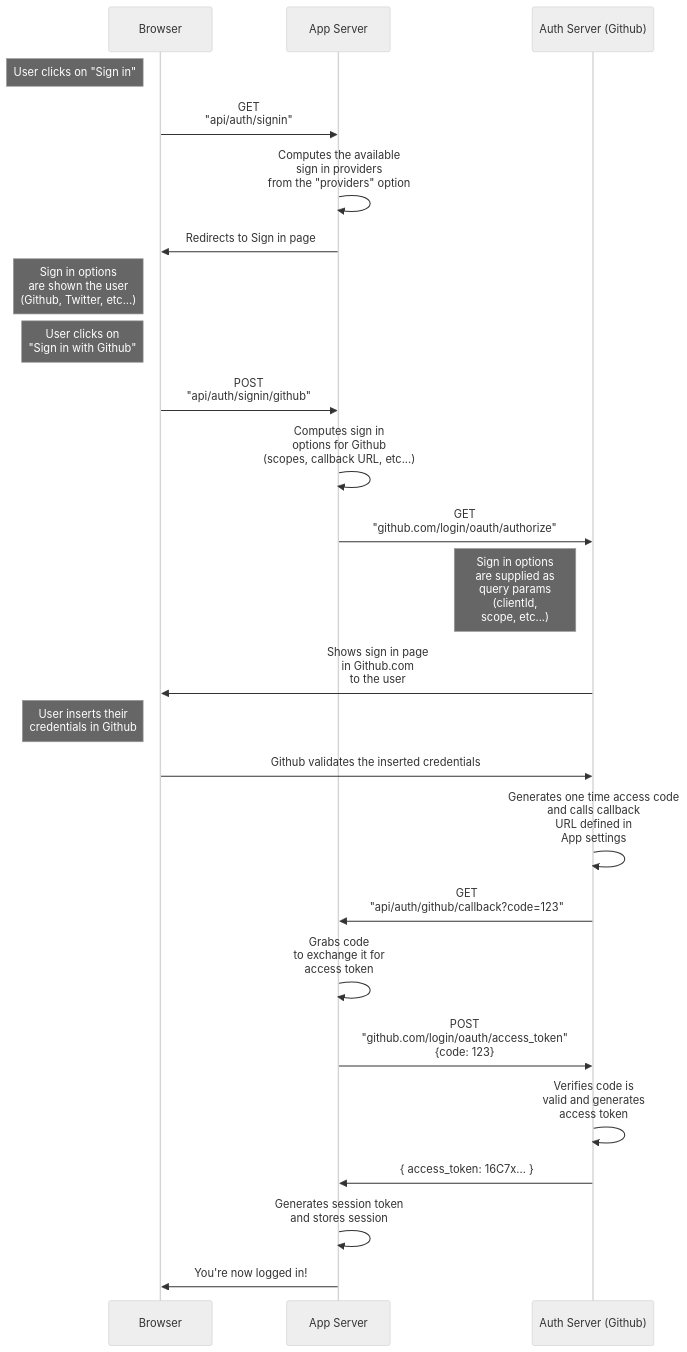
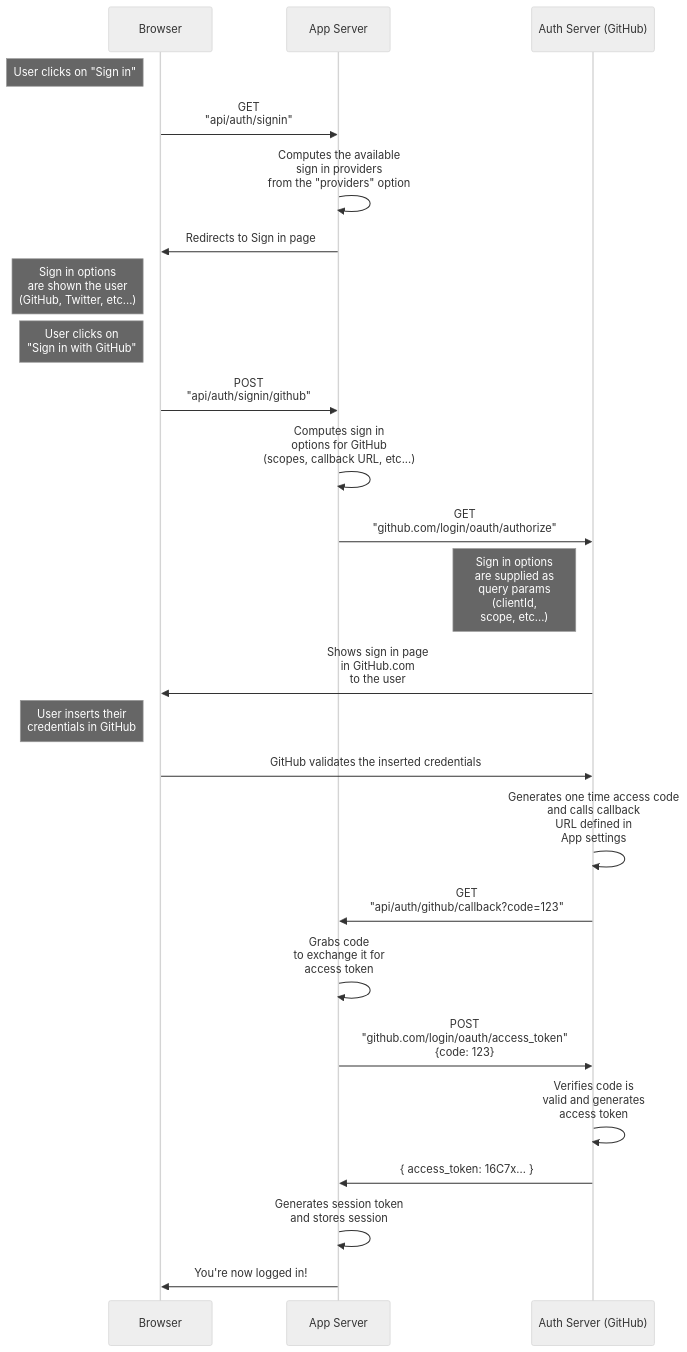
Before and after one commit to StronglyTypedSoul/sdopsdfpp-sdf-sd-sd: the diagram in docs/pages/concepts/oauth.mdx, drawn with Mermaid (neutral theme). The commit also changed 38 other files, not shown here.

First line of the commit message:
chore: fix GitHub typo (#10781)

````diff
--- a/docs/pages/concepts/oauth.mdx
+++ b/docs/pages/concepts/oauth.mdx
@@ -31,27 +31,27 @@
 ```mermaid
 sequenceDiagram
     participant Browser
     participant App Server
-    participant Auth Server (Github)
+    participant Auth Server (GitHub)
     Note left of Browser: User clicks on "Sign in"
     Browser->>App Server: GET<br/>"api/auth/signin"
     App Server->>App Server: Computes the available<br/>sign in providers<br/>from the "providers" option
     App Server->>Browser: Redirects to Sign in page
-    Note left of Browser: Sign in options<br/>are shown the user<br/>(Github, Twitter, etc...)
-    Note left of Browser: User clicks on<br/>"Sign in with Github"
+    Note left of Browser: Sign in options<br/>are shown the user<br/>(GitHub, Twitter, etc...)
+    Note left of Browser: User clicks on<br/>"Sign in with GitHub"
     Browser->>App Server: POST<br/>"api/auth/signin/github"
-    App Server->>App Server: Computes sign in<br/>options for Github<br/>(scopes, callback URL, etc...)
-    App Server->>Auth Server (Github): GET<br/>"github.com/login/oauth/authorize"
-    Note left of Auth Server (Github): Sign in options<br> are supplied as<br/>query params<br/>(clientId, <br/>scope, etc...)
-    Auth Server (Github)->>Browser: Shows sign in page<br/>in Github.com<br/>to the user
-    Note left of Browser: User inserts their<br/>credentials in Github
-    Browser->>Auth Server (Github): Github validates the inserted credentials
-    Auth Server (Github)->>Auth Server (Github): Generates one time access code<br/>and calls callback<br>URL defined in<br/>App settings
-    Auth Server (Github)->>App Server: GET<br/>"api/auth/github/callback?code=123"
+    App Server->>App Server: Computes sign in<br/>options for GitHub<br/>(scopes, callback URL, etc...)
+    App Server->>Auth Server (GitHub): GET<br/>"github.com/login/oauth/authorize"
+    Note left of Auth Server (GitHub): Sign in options<br> are supplied as<br/>query params<br/>(clientId, <br/>scope, etc...)
+    Auth Server (GitHub)->>Browser: Shows sign in page<br/>in GitHub.com<br/>to the user
+    Note left of Browser: User inserts their<br/>credentials in GitHub
+    Browser->>Auth Server (GitHub): GitHub validates the inserted credentials
+    Auth Server (GitHub)->>Auth Server (GitHub): Generates one time access code<br/>and calls callback<br>URL defined in<br/>App settings
+    Auth Server (GitHub)->>App Server: GET<br/>"api/auth/github/callback?code=123"
     App Server->>App Server: Grabs code<br/>to exchange it for<br/>access token
-    App Server->>Auth Server (Github): POST<br/>"github.com/login/oauth/access_token"<br/>{code: 123}
-    Auth Server (Github)->>Auth Server (Github): Verifies code is<br/>valid and generates<br/>access token
-    Auth Server (Github)->>App Server: { access_token: 16C7x... }
+    App Server->>Auth Server (GitHub): POST<br/>"github.com/login/oauth/access_token"<br/>{code: 123}
+    Auth Server (GitHub)->>Auth Server (GitHub): Verifies code is<br/>valid and generates<br/>access token
+    Auth Server (GitHub)->>App Server: { access_token: 16C7x... }
     App Server->>App Server: Generates session token<br/>and stores session
     App Server->>Browser: You're now logged in!
 ```
````
